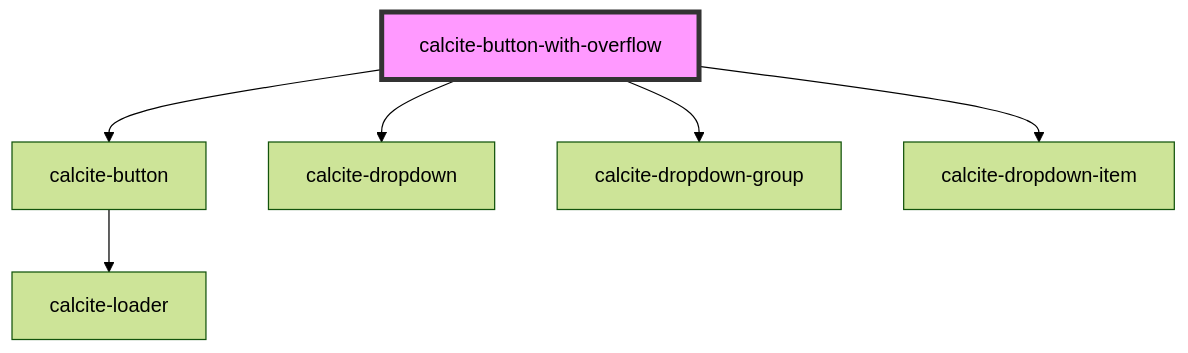
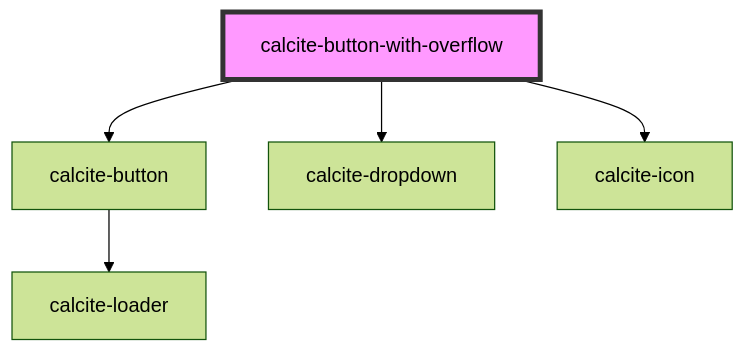
The diagram in src/components/calcite-button-with-overflow/readme.md (vikivakarvc/calcite-design-system), drawn with Mermaid (forest theme) before and after one commit. The commit also changed other lines of this file and 12 other files, not shown here.

Commit message:
Add scale to calcite-button-with-overflow-demo, add stories, add container div for component

````diff
--- a/src/components/calcite-button-with-overflow/readme.md
+++ b/src/components/calcite-button-with-overflow/readme.md
@@ -29,9 +28,8 @@
 ```mermaid
 graph TD;
   calcite-button-with-overflow --> calcite-button
   calcite-button-with-overflow --> calcite-dropdown
-  calcite-button-with-overflow --> calcite-dropdown-group
-  calcite-button-with-overflow --> calcite-dropdown-item
+  calcite-button-with-overflow --> calcite-icon
   calcite-button --> calcite-loader
   style calcite-button-with-overflow fill:#f9f,stroke:#333,stroke-width:4px
 ```
````
